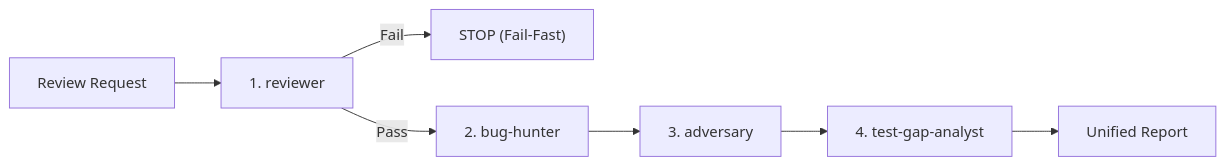
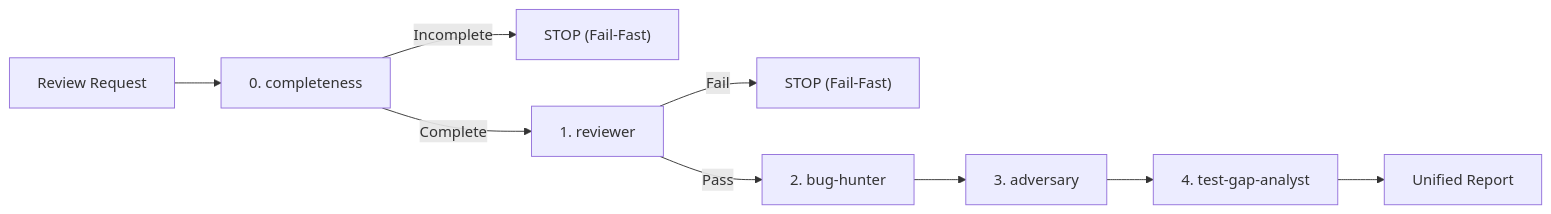
The diagram in AGENTS.md (jiva-studio/vidya), drawn with Mermaid before and after one commit. The commit also changed other lines of this file and 10 other files, not shown here.

````diff
--- a/AGENTS.md
+++ b/AGENTS.md
@@ -70,9 +99,11 @@
 ```mermaid
 flowchart LR
-    Request["Review Request"] --> Stage1["1. reviewer"]
+    Request["Review Request"] --> Stage0["0. completeness"]
+    Stage0 -->|"Incomplete"| Stop0["STOP (Fail-Fast)"]
+    Stage0 -->|"Complete"| Stage1["1. reviewer"]
     Stage1 -->|"Fail"| Stop["STOP (Fail-Fast)"]
     Stage1 -->|"Pass"| Stage2["2. bug-hunter"]
     Stage2 --> Stage3["3. adversary"]
     Stage3 --> Stage4["4. test-gap-analyst"]
     Stage4 --> Report["Unified Report"]
 ```
````
